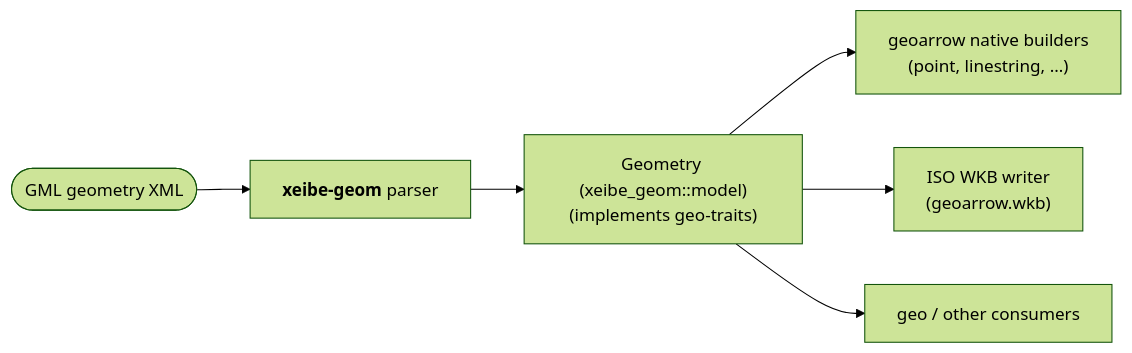
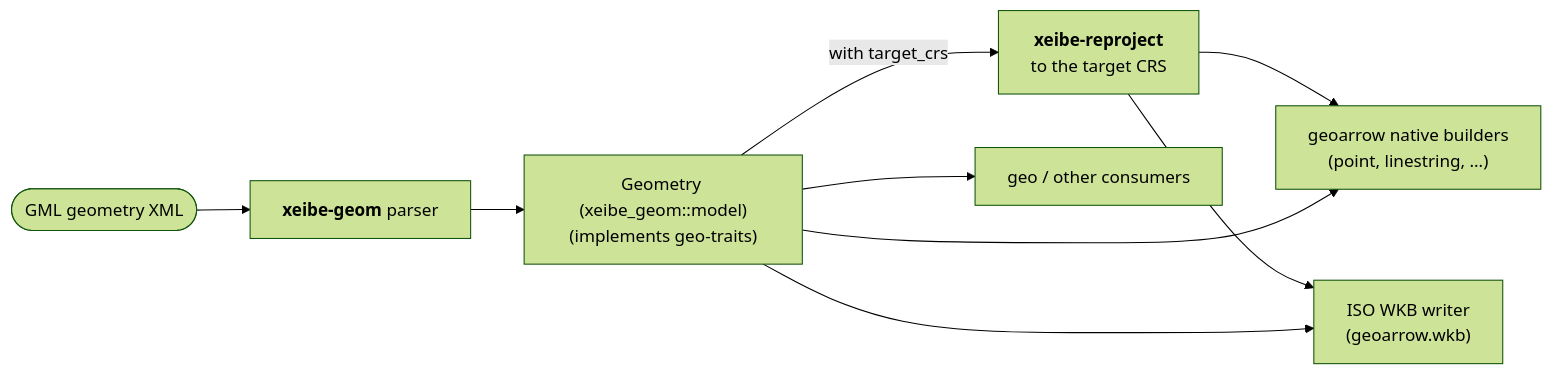
Before and after one commit to ttomasz/xeibe: the diagram in docs/geometry.md, drawn with Mermaid (forest theme). The commit also changed other lines of this file and 37 other files, not shown here.

````diff
--- a/docs/geometry.md
+++ b/docs/geometry.md
@@ -21,8 +21,11 @@
 ```mermaid
 flowchart LR
     xml(["GML geometry XML"]) --> parser["<b>xeibe-geom</b> parser"]
     parser --> model["Geometry (xeibe_geom::model)<br/>(implements geo-traits)"]
+    model -->|"with target_crs"| convert["<b>xeibe-reproject</b><br/>to the target CRS"]
+    convert --> native
+    convert --> wkb
     model --> native["geoarrow native builders<br/>(point, linestring, …)"]
     model --> wkb["ISO WKB writer<br/>(geoarrow.wkb)"]
     model --> other["geo / other consumers"]
 ```
````
